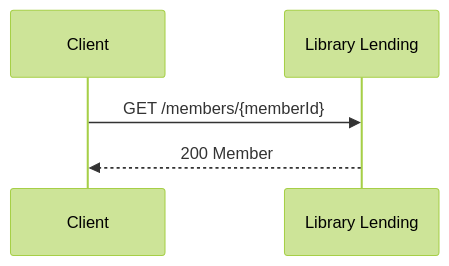
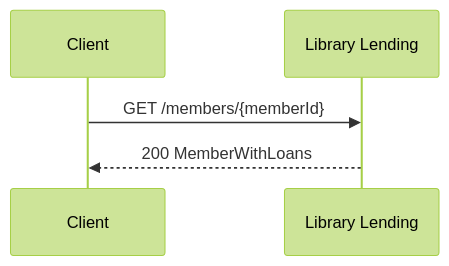
One commit to SpecArch/specarch changed the tenth of 22 diagrams in examples/library-lending/docs/techspec.md. Above: the diagram before and after it, drawn with Mermaid (forest theme). The commit also changed other lines of this file and 38 other files, not shown here.

````diff
--- a/examples/library-lending/docs/techspec.md
+++ b/examples/library-lending/docs/techspec.md
@@ -391,7 +405,7 @@
 ```mermaid
 sequenceDiagram
   participant C as Client
   participant S as Library Lending
   C->>S: GET /members/{memberId}
-  S-->>C: 200 Member
+  S-->>C: 200 MemberWithLoans
 ```
````
